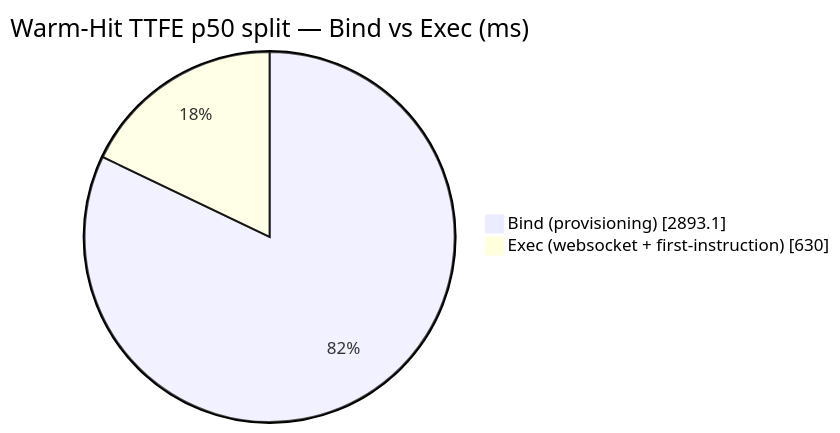
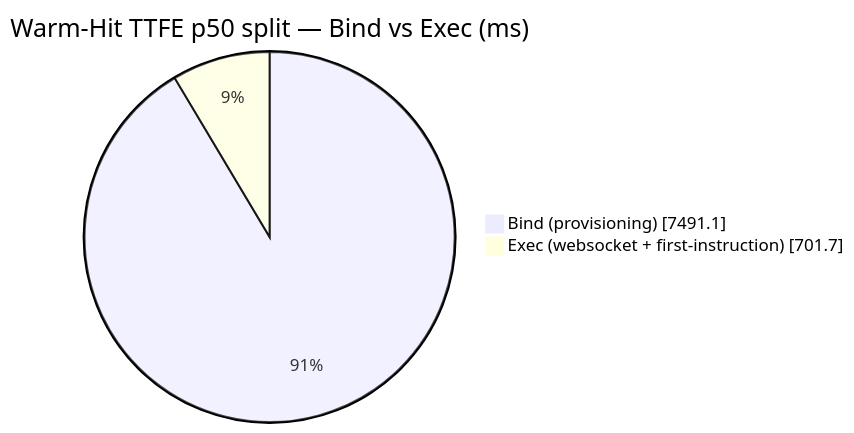
Before and after one commit to AlexBulankou/honest-bench: the diagram in DETAILS.md, drawn with Mermaid. The commit also changed other lines of this file and 5 other files, not shown here.

````diff
--- a/DETAILS.md
+++ b/DETAILS.md
@@ -124,6 +125,6 @@
 ```mermaid
 pie showData
     title Warm-Hit TTFE p50 split — Bind vs Exec (ms)
-    "Bind (provisioning)" : 2893.1
-    "Exec (websocket + first-instruction)" : 630.0
+    "Bind (provisioning)" : 7491.1
+    "Exec (websocket + first-instruction)" : 701.7
 ```
````
